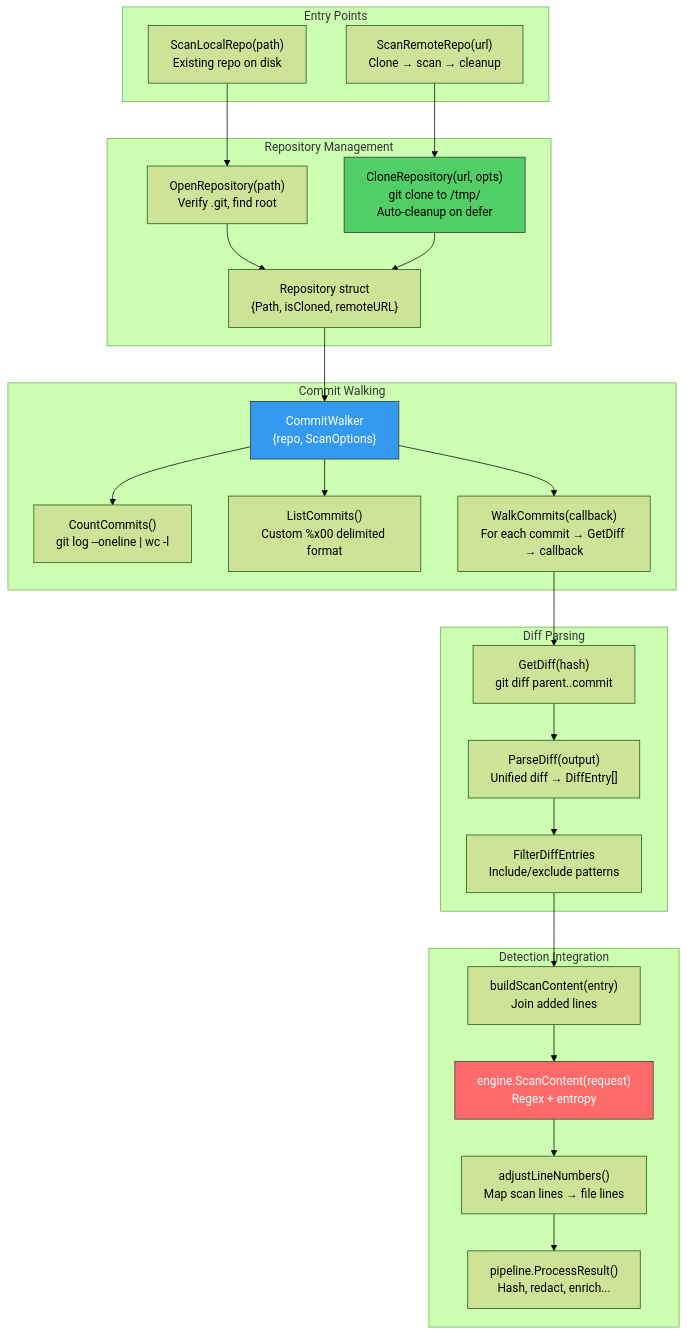
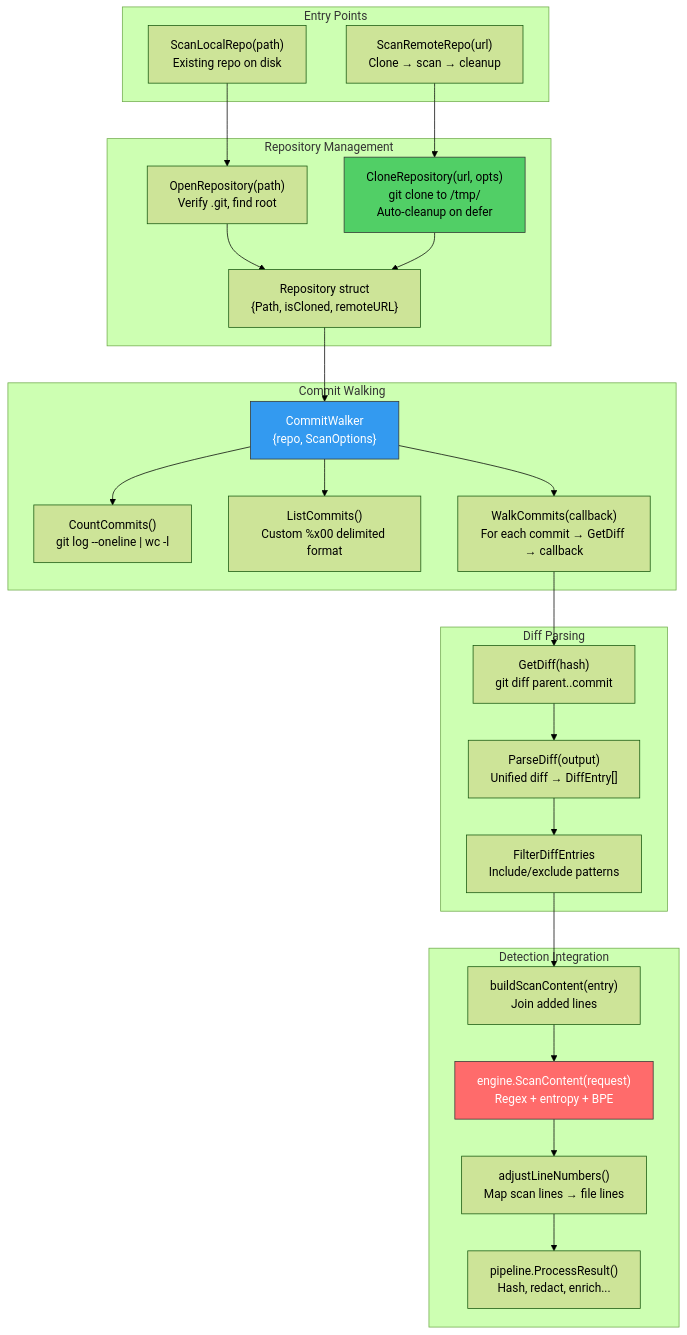
One commit to svemulapati/CredVigil changed diagram 35 of 60 in docs/training/00-System-Design.md. Above: the diagram before and after it, drawn with Mermaid (forest theme). The commit also changed other lines of this file and 8 other files, not shown here.

````diff
--- a/docs/training/00-System-Design.md
+++ b/docs/training/00-System-Design.md
@@ -1508,46 +1518,46 @@
 ```mermaid
 graph TD
     subgraph "Entry Points"
         LOCAL["ScanLocalRepo(path)<br/>Existing repo on disk"]
         REMOTE["ScanRemoteRepo(url)<br/>Clone → scan → cleanup"]
     end
 
     subgraph "Repository Management"
         OPEN["OpenRepository(path)<br/>Verify .git, find root"]
         CLONE["CloneRepository(url, opts)<br/>git clone to /tmp/<br/>Auto-cleanup on defer"]
         REPO["Repository struct<br/>{Path, isCloned, remoteURL}"]
     end
 
     subgraph "Commit Walking"
         WALKER["CommitWalker<br/>{repo, ScanOptions}"]
         COUNT["CountCommits()<br/>git log --oneline | wc -l"]
         LIST["ListCommits()<br/>Custom %x00 delimited format"]
         WALK["WalkCommits(callback)<br/>For each commit → GetDiff → callback"]
     end
 
     subgraph "Diff Parsing"
         GETDIFF["GetDiff(hash)<br/>git diff parent..commit"]
         PARSE["ParseDiff(output)<br/>Unified diff → DiffEntry[]"]
         FILTER["FilterDiffEntries<br/>Include/exclude patterns"]
     end
 
     subgraph "Detection Integration"
         BUILD["buildScanContent(entry)<br/>Join added lines"]
-        SCAN["engine.ScanContent(request)<br/>Regex + entropy"]
+        SCAN["engine.ScanContent(request)<br/>Regex + entropy + BPE"]
         ADJUST["adjustLineNumbers()<br/>Map scan lines → file lines"]
         PIPELINE["pipeline.ProcessResult()<br/>Hash, redact, enrich..."]
     end
 
     LOCAL --> OPEN --> REPO
     REMOTE --> CLONE --> REPO
     REPO --> WALKER
     WALKER --> COUNT
     WALKER --> LIST
     WALKER --> WALK
     WALK --> GETDIFF --> PARSE --> FILTER --> BUILD
     BUILD --> SCAN --> ADJUST --> PIPELINE
 
     style WALKER fill:#339af0,stroke:#333,color:#fff
     style SCAN fill:#ff6b6b,stroke:#333,color:#fff
     style CLONE fill:#51cf66,stroke:#333
 ```
````
